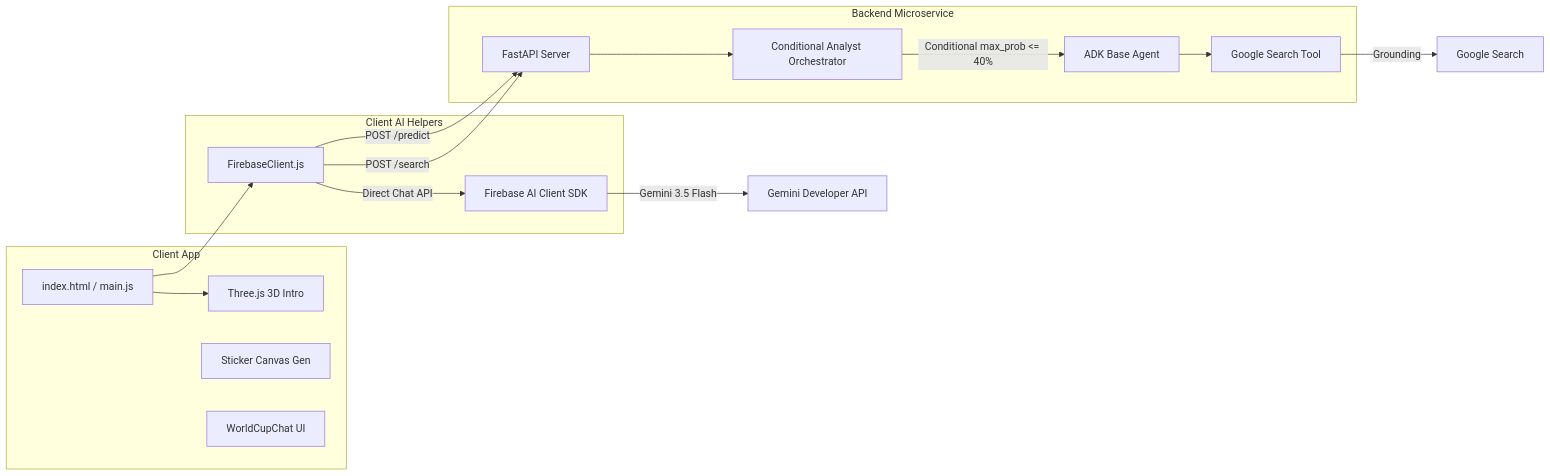
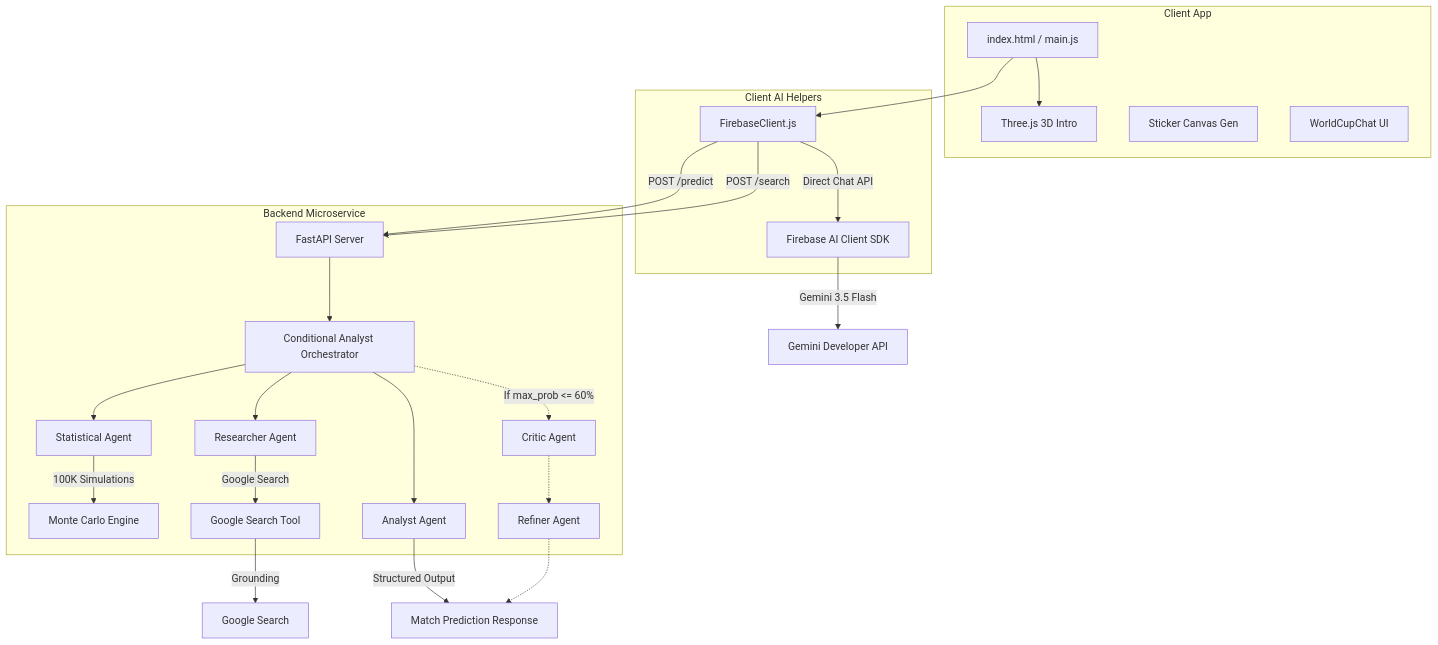
The diagram in README.md (jggomez/world-cup-2026-devhack-ai), drawn with Mermaid before and after one commit. The commit also changed other lines of this file and 46 other files, not shown here.

Commit message:
feat: integrate statistical monte carlo agent and update readme

````diff
--- a/README.md
+++ b/README.md
@@ -11,33 +11,49 @@
 ```mermaid
-graph LR
+graph TD
     subgraph Client App
         HTML[index.html / main.js]
         Three[Three.js 3D Intro]
         Sticker[Sticker Canvas Gen]
         Chat[WorldCupChat UI]
     end
     
     subgraph Client AI Helpers
         FirebaseClientSDK[Firebase AI Client SDK]
         FirebaseClient[FirebaseClient.js]
     end
     
     subgraph Backend Microservice
         FastAPI[FastAPI Server]
         Orchestrator[Conditional Analyst Orchestrator]
-        ADK[ADK Base Agent]
+        Researcher[Researcher Agent]
+        Statistical[Statistical Agent]
+        MonteCarlo[Monte Carlo Engine]
+        Analyst[Analyst Agent]
+        Critic[Critic Agent]
+        Refiner[Refiner Agent]
         SearchTool[Google Search Tool]
     end
     
     HTML --> Three
     HTML --> FirebaseClient
     FirebaseClient -->|Direct Chat API| FirebaseClientSDK
     FirebaseClientSDK -->|Gemini 3.5 Flash| GeminiCloud[Gemini Developer API]
     
     FirebaseClient -->|POST /predict| FastAPI
     FirebaseClient -->|POST /search| FastAPI
     FastAPI --> Orchestrator
-    Orchestrator -->|Conditional max_prob <= 40%| ADK
-    ADK --> SearchTool
+    
+    Orchestrator --> Researcher
+    Researcher -->|Google Search| SearchTool
     SearchTool -->|Grounding| Google[Google Search]
+    
+    Orchestrator --> Statistical
+    Statistical -->|100K Simulations| MonteCarlo
+    
+    Orchestrator --> Analyst
+    Analyst -->|Structured Output| MatchPrediction[Match Prediction Response]
+    
+    Orchestrator -.->|If max_prob <= 60%| Critic
+    Critic -.-> Refiner
+    Refiner -.-> MatchPrediction
 ```
````
